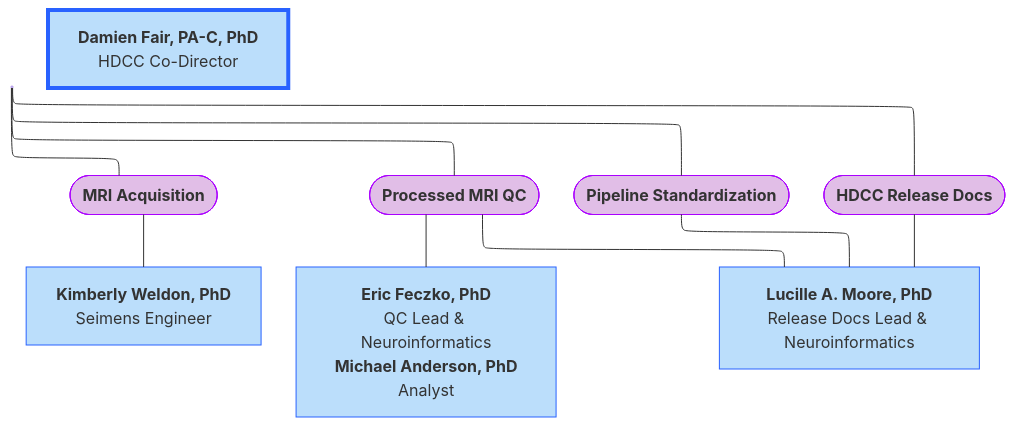
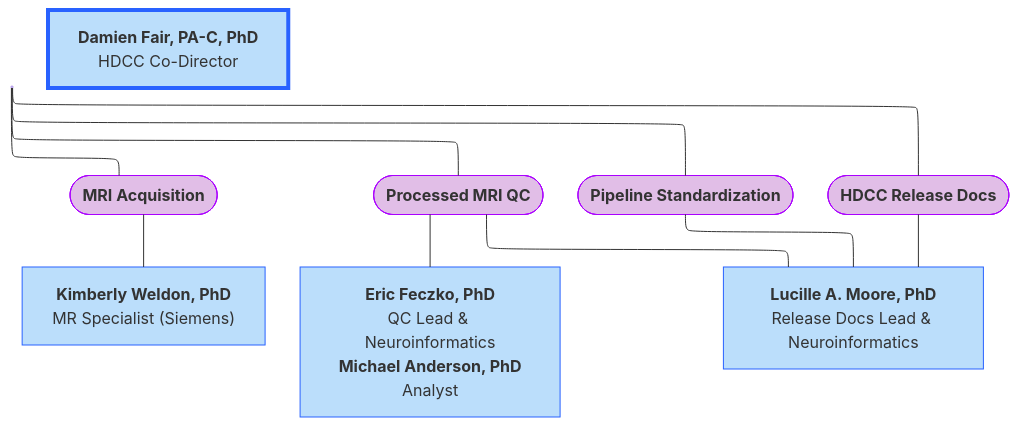
One commit to DCAN-Labs/hbcd-docs-internal changed the diagram in docs/orgcharts/mermaid/cdni.mmd. Above: the diagram before and after it, drawn with Mermaid. The commit also changed 2 other files, not shown here.

```diff
--- a/docs/orgcharts/mermaid/cdni.mmd
+++ b/docs/orgcharts/mermaid/cdni.mmd
@@ -1,24 +1,24 @@
 ---
 config:
   layout: elk
 ---
 flowchart TB
     CDNI["<b>Damien Fair</b> HDCC Co-Director"] --- n2(["<b>MRI Acquisition</b>"]) & n3(["<b>Processed MRI QC</b>"]) & n7(["<b>Pipeline Standardization</b>"]) & n10(["<b>HDCC Release Docs</b>"])
-    n2 --- n4["<b>Kimberly Weldon, PhD</b><br>Seimens Engineer"]
+    n2 --- n4["<b>Kimberly Weldon, PhD</b><br>MR Specialist (Siemens)"]
     n3 --- n5@{ label: "<b>Eric Feczko, PhD</b><br>QC Lead &amp; Neuroinformatics<br><span style=\"--tw-scale-x:\"><b>Michael Anderson, PhD</b><br></span>Analyst" } & n9["<b>Lucille A. Moore, PhD</b><br>Release Docs Lead &amp; Neuroinformatics"]
     n7 --- n9
     n10 --- n9
     n11["<b>Damien Fair, PA-C, PhD</b><br>HDCC Co-Director"] --> n2
     CDNI@{ shape: anchor}
     n5@{ shape: rect}
     n11@{ shape: rect}
     style CDNI fill:#BBDEFB,stroke:#2962FF
     style n2 fill:#E1BEE7,stroke:#AA00FF
     style n3 fill:#E1BEE7,stroke:#AA00FF
     style n7 fill:#E1BEE7,stroke:#AA00FF
     style n10 fill:#E1BEE7,stroke:#AA00FF
     style n4 fill:#BBDEFB,stroke:#2962FF
     style n5 fill:#BBDEFB,stroke:#2962FF
     style n9 fill:#BBDEFB,stroke:#2962FF
     style n11 fill:#BBDEFB,stroke:#2962FF,stroke-width:4px,stroke-dasharray: 0
     linkStyle 9 stroke:none,fill:none
```
